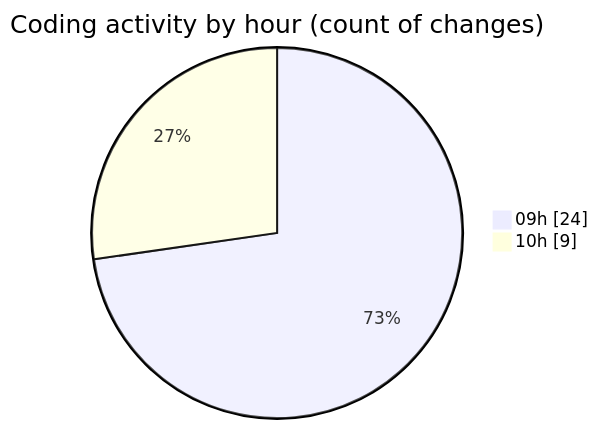
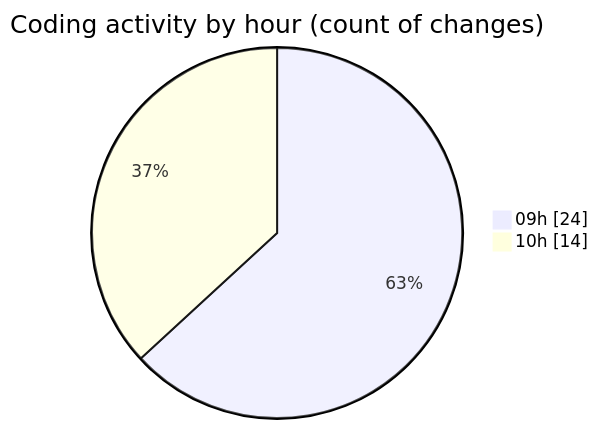
Before and after one commit to momahboobian/code-tracking: the second of 2 diagrams in 2025-10-07/cda/README.md, drawn with Mermaid. The commit also changed other lines of this file and 1 other file, not shown here.

````diff
--- a/2025-10-07/cda/README.md
+++ b/2025-10-07/cda/README.md
@@ -35,6 +35,6 @@
 ```mermaid
 pie showData
 title Coding activity by hour (count of changes)
 "09h" : 24
-"10h" : 9
+"10h" : 14
 ```
````
